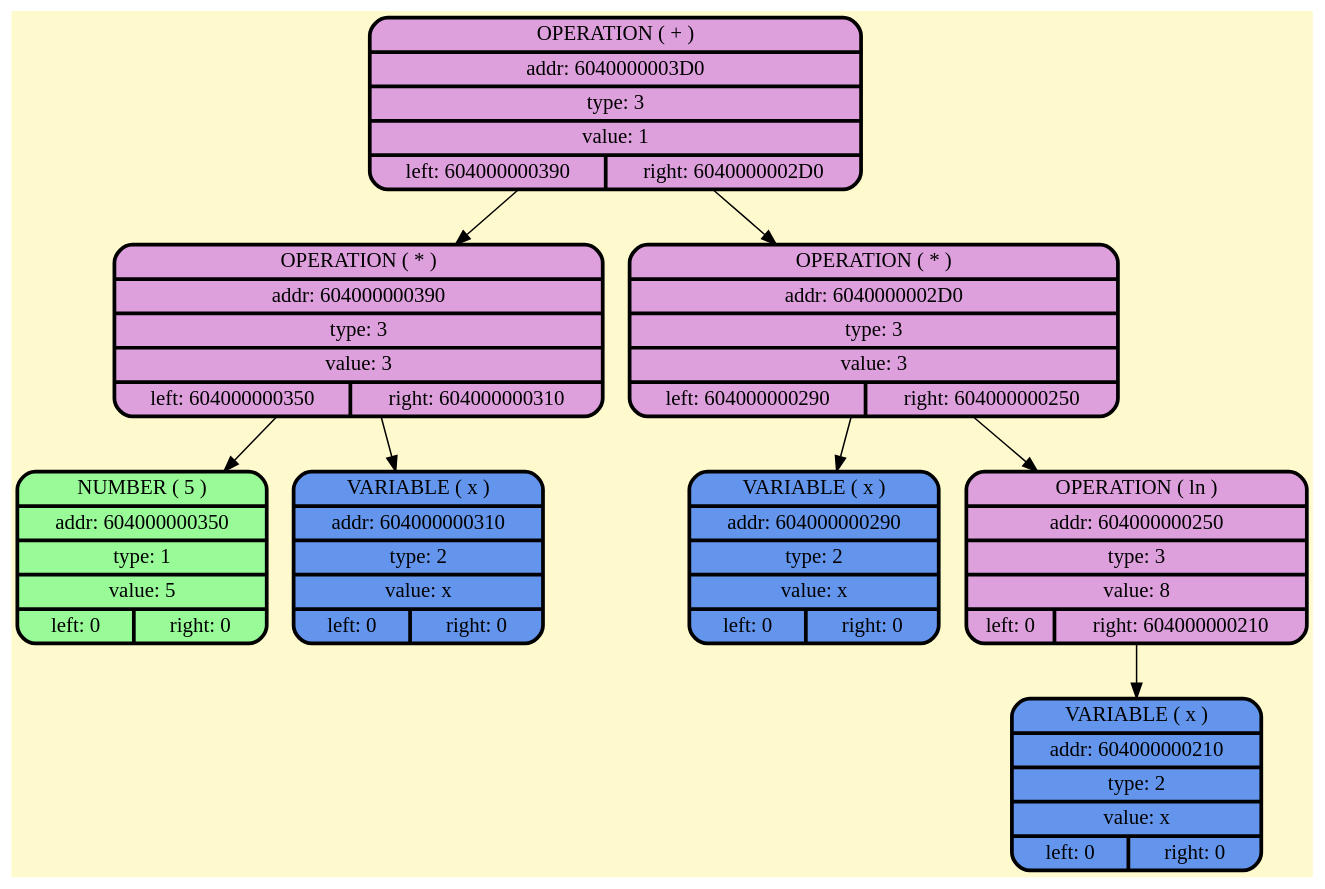
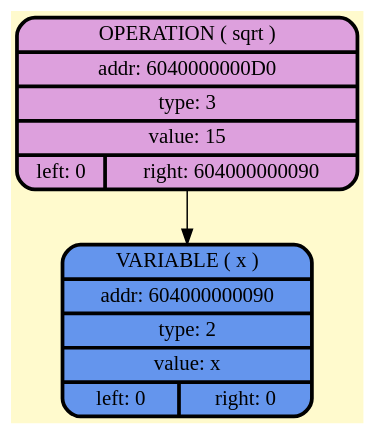
Before and after one commit to BulgakovDmitry/differentiator: the diagram in dumpGraph/rootSimpl.gv, drawn with Graphviz. The commit also changed 26 other files, not shown here.

```diff
--- a/dumpGraph/rootSimpl.gv
+++ b/dumpGraph/rootSimpl.gv
@@ -1,20 +1,8 @@
 digraph G {
     node [style=filled, fontcolor=darkblue, fillcolor=peachpuff, color="#252A34", penwidth=2.5];
     bgcolor="lemonchiffon";
 
-node_0x6040000003d0 [shape=Mrecord; style = filled; fillcolor=plum; color = "#000000"; fontcolor = "#000000";label=" {OPERATION ( + ) | addr: 6040000003D0 | type: 3 | value: 1 | {left: 604000000390 | right: 6040000002D0}} "];
-node_0x604000000390 [shape=Mrecord; style = filled; fillcolor=plum; color = "#000000"; fontcolor = "#000000";label=" {OPERATION ( * ) | addr: 604000000390 | type: 3 | value: 3 | {left: 604000000350 | right: 604000000310}} "];
-    node_0x604000000350 [shape=Mrecord; style = filled; fillcolor = palegreen; color = "#000000"; fontcolor = "#000000";  label="  {NUMBER ( 5 )| addr: 604000000350 | type: 1| value: 5 | {left: 0 | right: 0}} "];
-    node_0x604000000310 [shape=Mrecord; style = filled; fillcolor = cornflowerblue; color = "#000000"; fontcolor = "#000000";  label="  {VARIABLE ( x )| addr: 604000000310 | type: 2| value: x | {left: 0 | right: 0}} "];
-node_0x6040000002d0 [shape=Mrecord; style = filled; fillcolor=plum; color = "#000000"; fontcolor = "#000000";label=" {OPERATION ( * ) | addr: 6040000002D0 | type: 3 | value: 3 | {left: 604000000290 | right: 604000000250}} "];
-    node_0x604000000290 [shape=Mrecord; style = filled; fillcolor = cornflowerblue; color = "#000000"; fontcolor = "#000000";  label="  {VARIABLE ( x )| addr: 604000000290 | type: 2| value: x | {left: 0 | right: 0}} "];
-node_0x604000000250 [shape=Mrecord; style = filled; fillcolor=plum; color = "#000000"; fontcolor = "#000000";label=" {OPERATION ( ln ) | addr: 604000000250 | type: 3 | value: 8 | {left: 0 | right: 604000000210}} "];
-    node_0x604000000210 [shape=Mrecord; style = filled; fillcolor = cornflowerblue; color = "#000000"; fontcolor = "#000000";  label="  {VARIABLE ( x )| addr: 604000000210 | type: 2| value: x | {left: 0 | right: 0}} "];
-    node_0x6040000003d0 -> node_0x604000000390;
-    node_0x604000000390 -> node_0x604000000350;
-    node_0x604000000390 -> node_0x604000000310;
-    node_0x6040000003d0 -> node_0x6040000002d0;
-    node_0x6040000002d0 -> node_0x604000000290;
-    node_0x6040000002d0 -> node_0x604000000250;
-    node_0x604000000250 -> node_0x604000000210;
+node_0x6040000000d0 [shape=Mrecord; style = filled; fillcolor=plum; color = "#000000"; fontcolor = "#000000";label=" {OPERATION ( sqrt ) | addr: 6040000000D0 | type: 3 | value: 15 | {left: 0 | right: 604000000090}} "];
+    node_0x604000000090 [shape=Mrecord; style = filled; fillcolor = cornflowerblue; color = "#000000"; fontcolor = "#000000";  label="  {VARIABLE ( x )| addr: 604000000090 | type: 2| value: x | {left: 0 | right: 0}} "];
+    node_0x6040000000d0 -> node_0x604000000090;
 }
```
